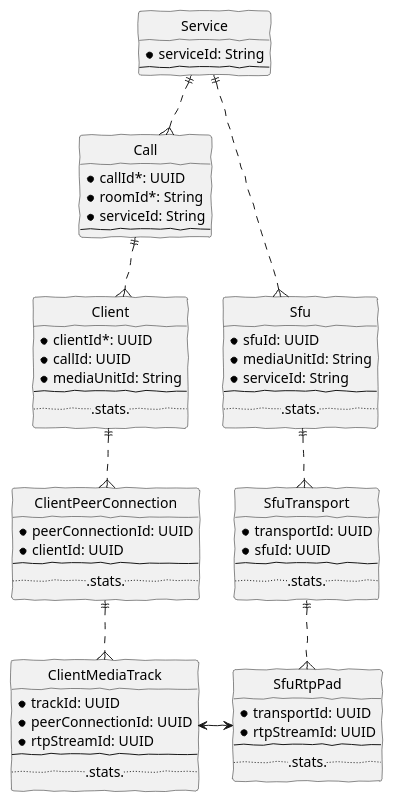
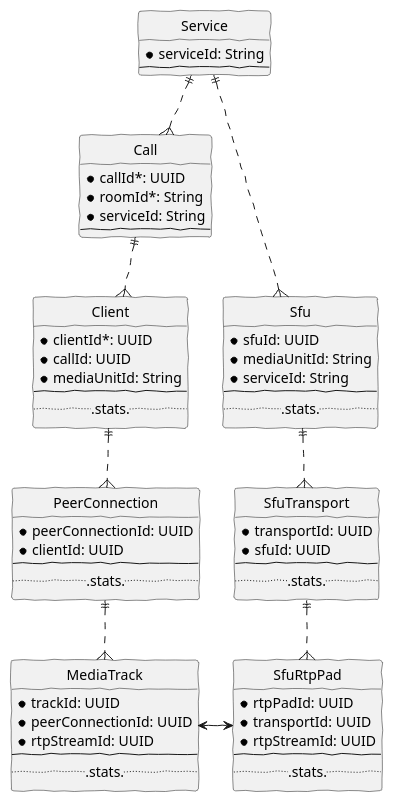
One commit to ObserveRTC/observer-service changed the diagram in docs/plantumls/object-hierarchy.puml. Above: the diagram before and after it, drawn with PlantUML. The commit also changed 36 other files, not shown here.

```diff
--- a/docs/plantumls/object-hierarchy.puml
+++ b/docs/plantumls/object-hierarchy.puml
@@ -1,83 +1,84 @@
 @startuml
 skinparam handwritten true
 skinparam monochrome true
 skinparam backgroundColor transparent
 
 ' hide the spot
 hide circle
 
 
 entity "SfuRtpPad" as sfupads {
+*rtpPadId: UUID
 *transportId: UUID
 *rtpStreamId: UUID
 --
 ...stats...
 }
 
 entity "SfuTransport" as sfutransport {
 *transportId: UUID
 *sfuId: UUID
 --
 ...stats...
 }
 
 entity "Sfu" as sfu {
 *sfuId: UUID
 *mediaUnitId: String
 *serviceId: String
 --
 ...stats...
 }
 
-entity "ClientMediaTrack" as tracks {
+entity "MediaTrack" as tracks {
 *trackId: UUID
 *peerConnectionId: UUID
 *rtpStreamId: UUID
 --
 ...stats...
 }
 
-entity "ClientPeerConnection" as pcs {
+entity "PeerConnection" as pcs {
 *peerConnectionId: UUID
 *clientId: UUID
 --
 ...stats...
 }
 
 entity "Client" as client {
 *clientId*: UUID
 *callId: UUID
 *mediaUnitId: String
 --
 ...stats...
 }
 
 
 entity "Call" as call {
 *callId*: UUID
 *roomId*: String
 *serviceId: String
 --
 }
 
 
 entity "Service" as service {
 *serviceId: String
 --
 }
 
 service ||.d.{ call
 call ||.d.{ client
 client ||.d.{ pcs
 pcs ||.d.{ tracks
 
 service ||.d.{ sfu
 sfu ||.d.{ sfutransport
 sfutransport ||.d.{ sfupads
 
 sfupads <-left-> tracks
 
 sfutransport -[hidden]l-> pcs
 sfu -[hidden]l-> client
 
 @enduml
```
